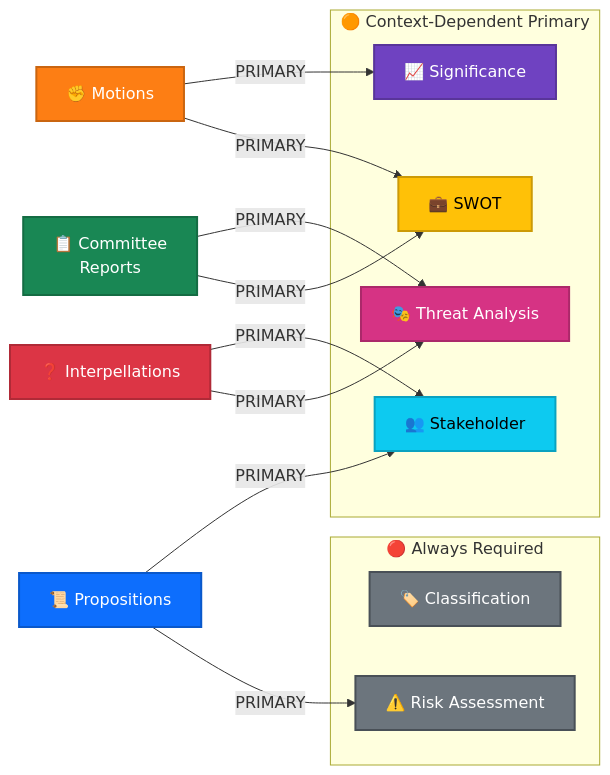
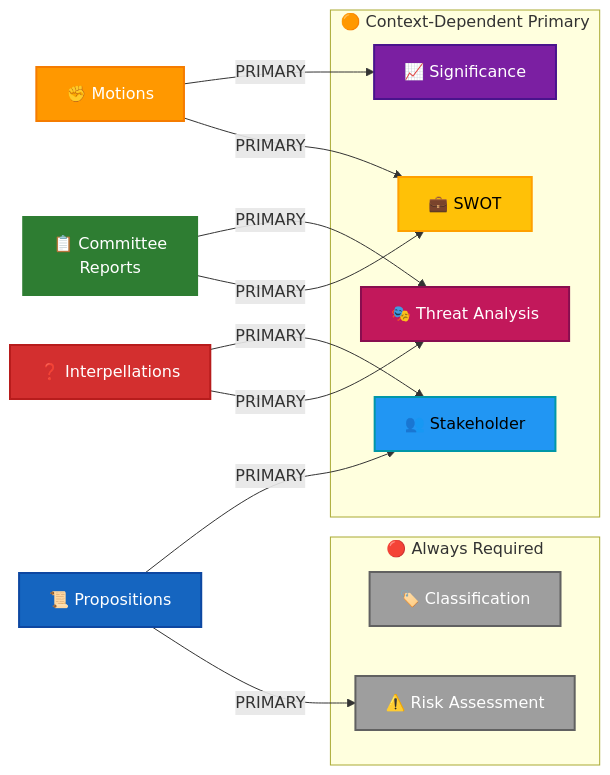
The ninth of 11 diagrams in analysis/methodologies/README.md (Hack23/riksdagsmonitor), drawn with Mermaid before and after one commit. The commit also changed other lines of this file and 14 other files, not shown here.

First line of the commit message:
Align analysis/ mermaid diagrams with ISMS Style Guide palette and convert SWOT to quadrantChart

````diff
--- a/analysis/methodologies/README.md
+++ b/analysis/methodologies/README.md
@@ -479,34 +502,34 @@
 ```mermaid
 graph LR
     subgraph "🔴 Always Required"
         CLASS["🏷️ Classification"]
         RISK["⚠️ Risk Assessment"]
     end
 
     subgraph "🟠 Context-Dependent Primary"
         SWOT["💼 SWOT"]
         THREAT["🎭 Threat Analysis"]
         SIG["📈 Significance"]
         STAKE["👥 Stakeholder"]
     end
 
     CR["📋 Committee<br/>Reports"] -->|"PRIMARY"| SWOT
     CR -->|"PRIMARY"| THREAT
     PR["📜 Propositions"] -->|"PRIMARY"| RISK
     PR -->|"PRIMARY"| STAKE
     MO["✊ Motions"] -->|"PRIMARY"| SWOT
     MO -->|"PRIMARY"| SIG
     IP["❓ Interpellations"] -->|"PRIMARY"| THREAT
     IP -->|"PRIMARY"| STAKE
 
-    style CR fill:#198754,color:#fff,stroke:#146c43,stroke-width:2px
-    style PR fill:#0d6efd,color:#fff,stroke:#0a58ca,stroke-width:2px
-    style MO fill:#fd7e14,color:#fff,stroke:#ca6510,stroke-width:2px
-    style IP fill:#dc3545,color:#fff,stroke:#b02a37,stroke-width:2px
-    style CLASS fill:#6c757d,color:#fff,stroke:#495057,stroke-width:2px
-    style RISK fill:#6c757d,color:#fff,stroke:#495057,stroke-width:2px
-    style SWOT fill:#ffc107,color:#000,stroke:#cc9a06,stroke-width:2px
-    style THREAT fill:#d63384,color:#fff,stroke:#ab296a,stroke-width:2px
-    style SIG fill:#6f42c1,color:#fff,stroke:#59359a,stroke-width:2px
-    style STAKE fill:#0dcaf0,color:#000,stroke:#0aa2c0,stroke-width:2px
+    style CR fill:#2E7D32,color:#FFFFFF,stroke:#2E7D32,stroke-width:2px
+    style PR fill:#1565C0,color:#FFFFFF,stroke:#0D47A1,stroke-width:2px
+    style MO fill:#FF9800,color:#FFFFFF,stroke:#F57C00,stroke-width:2px
+    style IP fill:#D32F2F,color:#FFFFFF,stroke:#B71C1C,stroke-width:2px
+    style CLASS fill:#9E9E9E,color:#FFFFFF,stroke:#616161,stroke-width:2px
+    style RISK fill:#9E9E9E,color:#FFFFFF,stroke:#616161,stroke-width:2px
+    style SWOT fill:#FFC107,color:#000000,stroke:#FFA000,stroke-width:2px
+    style THREAT fill:#C2185B,color:#FFFFFF,stroke:#880E4F,stroke-width:2px
+    style SIG fill:#7B1FA2,color:#FFFFFF,stroke:#4A148C,stroke-width:2px
+    style STAKE fill:#2196F3,color:#000000,stroke:#0097A7,stroke-width:2px
 ```
````
